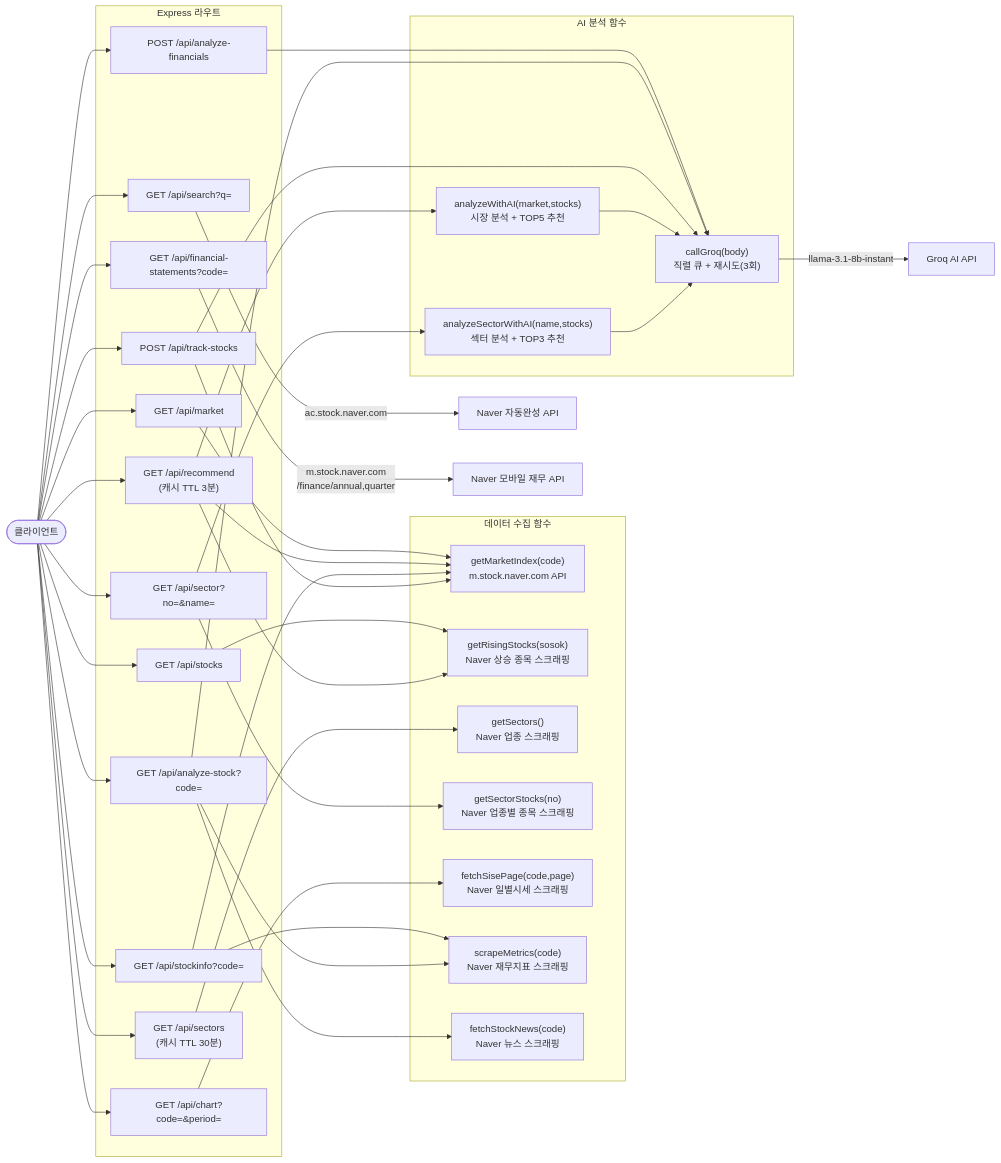
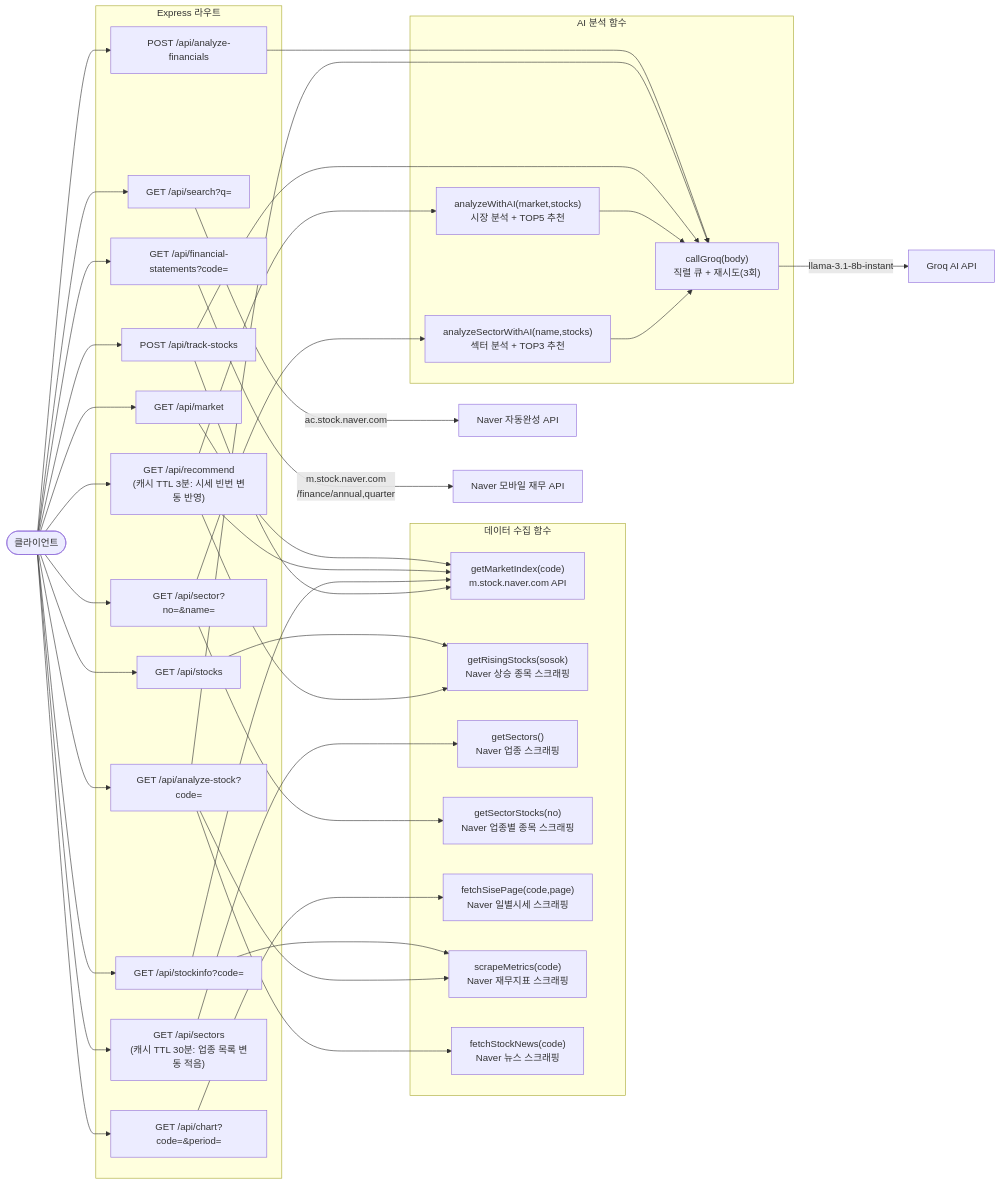
One commit to jasonkim94/stock-agent changed the third of 7 diagrams in ARCHITECTURE.md. Above: the diagram before and after it, drawn with Mermaid. The commit also changed other lines of this file, not shown here.

First line of the commit message:
Refine ARCHITECTURE.md: add cache TTL rationale and verify hard limits

````diff
--- a/ARCHITECTURE.md
+++ b/ARCHITECTURE.md
@@ -95,54 +95,54 @@
 ```mermaid
 flowchart LR
     Client(["클라이언트"])
 
     subgraph Routes["Express 라우트"]
         R1["GET /api/market"]
         R2["GET /api/stocks"]
-        R3["GET /api/recommend\n(캐시 TTL 3분)"]
-        R4["GET /api/sectors\n(캐시 TTL 30분)"]
+        R3["GET /api/recommend\n(캐시 TTL 3분: 시세 빈번 변동 반영)"]
+        R4["GET /api/sectors\n(캐시 TTL 30분: 업종 목록 변동 적음)"]
         R5["GET /api/sector?no=&name="]
         R6["GET /api/search?q="]
         R7["GET /api/chart?code=&period="]
         R8["GET /api/stockinfo?code="]
         R9["GET /api/financial-statements?code="]
         R10["POST /api/analyze-financials"]
         R11["GET /api/analyze-stock?code="]
         R12["POST /api/track-stocks"]
     end
 
     subgraph Scrapers["데이터 수집 함수"]
         F1["getMarketIndex(code)\nm.stock.naver.com API"]
         F2["getRisingStocks(sosok)\nNaver 상승 종목 스크래핑"]
         F3["getSectors()\nNaver 업종 스크래핑"]
         F4["getSectorStocks(no)\nNaver 업종별 종목 스크래핑"]
         F5["fetchSisePage(code,page)\nNaver 일별시세 스크래핑"]
         F6["scrapeMetrics(code)\nNaver 재무지표 스크래핑"]
         F7["fetchStockNews(code)\nNaver 뉴스 스크래핑"]
     end
 
     subgraph AIFunctions["AI 분석 함수"]
         A1["analyzeWithAI(market,stocks)\n시장 분석 + TOP5 추천"]
         A2["analyzeSectorWithAI(name,stocks)\n섹터 분석 + TOP3 추천"]
         A3["callGroq(body)\n직렬 큐 + 재시도(3회)"]
     end
 
     Client --> R1 & R2 & R3 & R4 & R5 & R6 & R7 & R8 & R9 & R10 & R11 & R12
 
     R1 --> F1
     R2 --> F2
     R3 --> F1 & F2 & A1
     R4 --> F3
     R5 --> F4 & A2
     R6 -->|"ac.stock.naver.com"| NaverAC["Naver 자동완성 API"]
     R7 --> F5
     R8 --> F1 & F6
     R9 -->|"m.stock.naver.com\n/finance/annual,quarter"| NaverMobileAPI["Naver 모바일 재무 API"]
     R10 --> A3
     R11 --> F6 & F7 & A3
     R12 --> F1 & A3
 
     A1 --> A3
     A2 --> A3
     A3 -->|"llama-3.1-8b-instant"| GroqAI["Groq AI API"]
 ```
````
